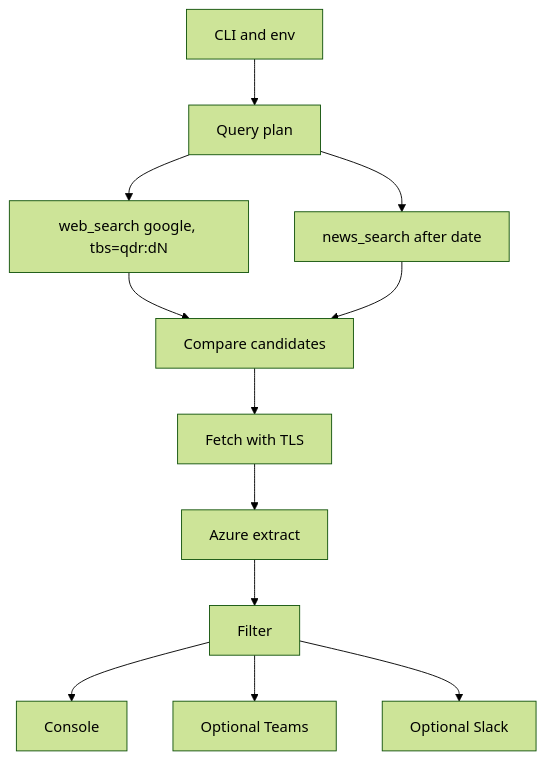
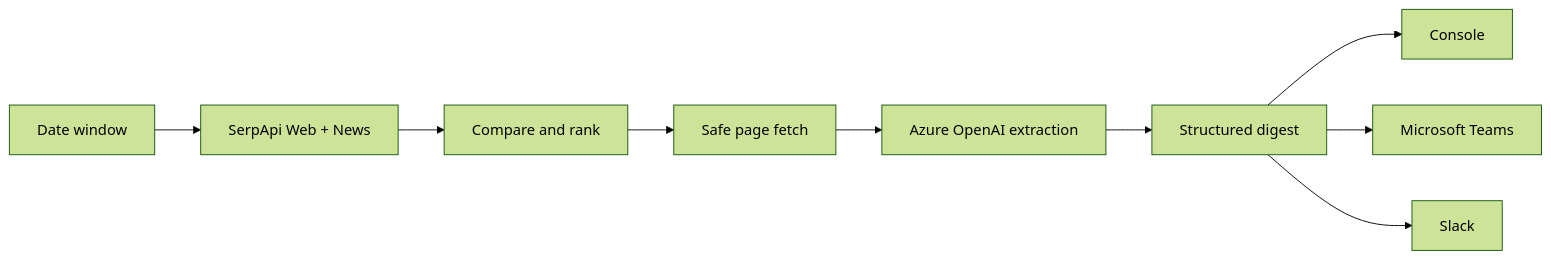
Before and after one commit to Adit-Jain-srm/SerpApi_Track1: the diagram in README.md, drawn with Mermaid (forest theme). The commit also changed other lines of this file, not shown here.

````diff
--- a/README.md
+++ b/README.md
@@ -19,14 +33,11 @@
 ```mermaid
-flowchart TD
-  cli[CLI and env] --> plan[Query plan]
-  plan --> web["web_search google, tbs=qdr:dN"]
-  plan --> news["news_search after date"]
-  web --> compare[Compare candidates]
-  news --> compare
-  compare --> fetch[Fetch with TLS]
-  fetch --> extract[Azure extract]
-  extract --> filter[Filter]
-  filter --> console[Console]
-  filter --> teams[Optional Teams]
-  filter --> slack[Optional Slack]
+flowchart LR
+    A[Date window] --> B[SerpApi Web + News]
+    B --> C[Compare and rank]
+    C --> D[Safe page fetch]
+    D --> E[Azure OpenAI extraction]
+    E --> F[Structured digest]
+    F --> G[Console]
+    F --> H[Microsoft Teams]
+    F --> I[Slack]
 ```
````
